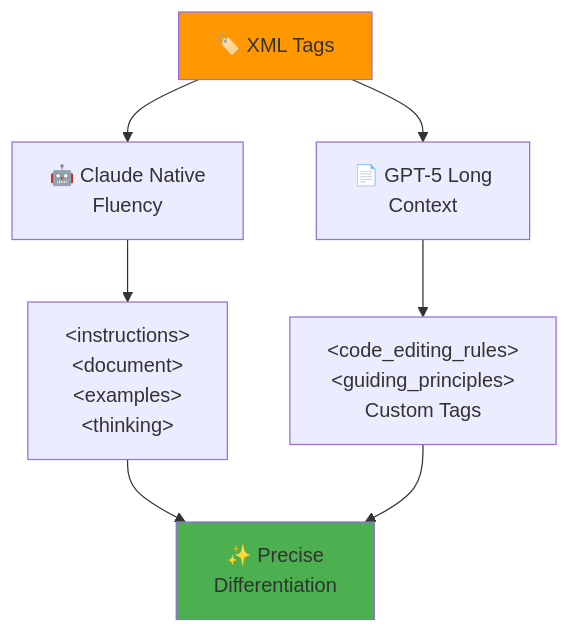
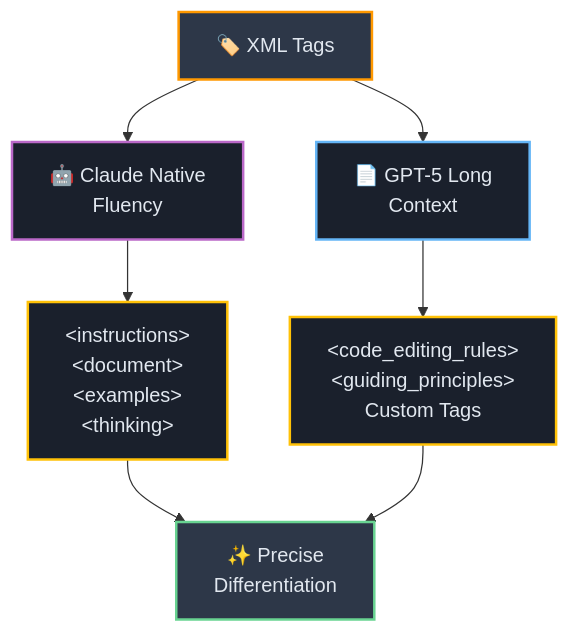
The third of 5 diagrams in Part_I_Section_2_Structuring_Prompts_A_Comparative_Analysis_of_Delimiters.md (josemlopez/prompt_tutorial), drawn with Mermaid before and after one commit. The commit also changed other lines of this file and 7 other files, not shown here.

````diff
--- a/Part_I_Section_2_Structuring_Prompts_A_Comparative_Analysis_of_Delimiters.md
+++ b/Part_I_Section_2_Structuring_Prompts_A_Comparative_Analysis_of_Delimiters.md
@@ -84,14 +88,18 @@
 ```mermaid
 graph TD
-    A[🏷️ XML Tags] --> B[🤖 Claude Native<br/>Fluency]
-    A --> C[📄 GPT-5 Long<br/>Context]
-    
-    B --> D[&lt;instructions&gt;<br/>&lt;document&gt;<br/>&lt;examples&gt;<br/>&lt;thinking&gt;]
-    C --> E[&lt;code_editing_rules&gt;<br/>&lt;guiding_principles&gt;<br/>Custom Tags]
-    
-    D --> F[✨ Precise<br/>Differentiation]
-    E --> F
-    
-    style A fill:#ff9800
-    style F fill:#4caf50
+   A[🏷️ XML Tags] --> B[🤖 Claude Native<br/>Fluency]
+   A --> C[📄 GPT-5 Long<br/>Context]
+   
+   B --> D[&lt;instructions&gt;<br/>&lt;document&gt;<br/>&lt;examples&gt;<br/>&lt;thinking&gt;]
+   C --> E[&lt;code_editing_rules&gt;<br/>&lt;guiding_principles&gt;<br/>Custom Tags]
+   
+   D --> F[✨ Precise<br/>Differentiation]
+   E --> F
+   
+   style A fill:#2d3748,stroke:#ff9800,stroke-width:2px,color:#e2e8f0
+   style B fill:#1a202c,stroke:#ba68c8,stroke-width:2px,color:#e2e8f0
+   style C fill:#1a202c,stroke:#64b5f6,stroke-width:2px,color:#e2e8f0
+   style D fill:#1a202c,stroke:#ffc107,stroke-width:2px,color:#e2e8f0
+   style E fill:#1a202c,stroke:#ffc107,stroke-width:2px,color:#e2e8f0
+   style F fill:#2d3748,stroke:#68d391,stroke-width:2px,color:#e2e8f0
 ```
````
